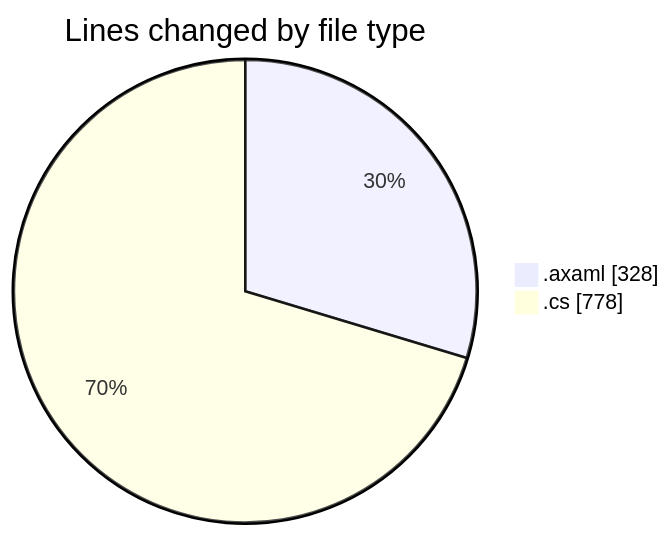
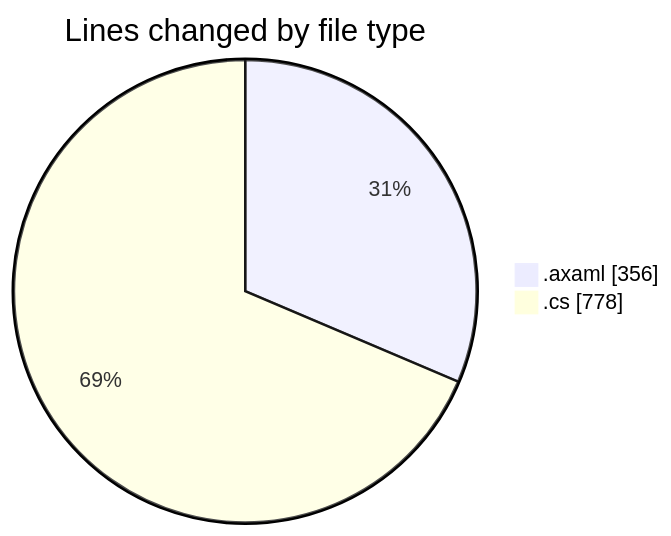
Before and after one commit to Netris89/code-tracking: the first of 2 diagrams in 2025-11-01/skintrack/README.md, drawn with Mermaid. The commit also changed other lines of this file and 1 other file, not shown here.

````diff
--- a/2025-11-01/skintrack/README.md
+++ b/2025-11-01/skintrack/README.md
@@ -26,6 +26,6 @@
 ```mermaid
 pie showData
 title Lines changed by file type
-".axaml" : 328
+".axaml" : 356
 ".cs" : 778
 ```
````
